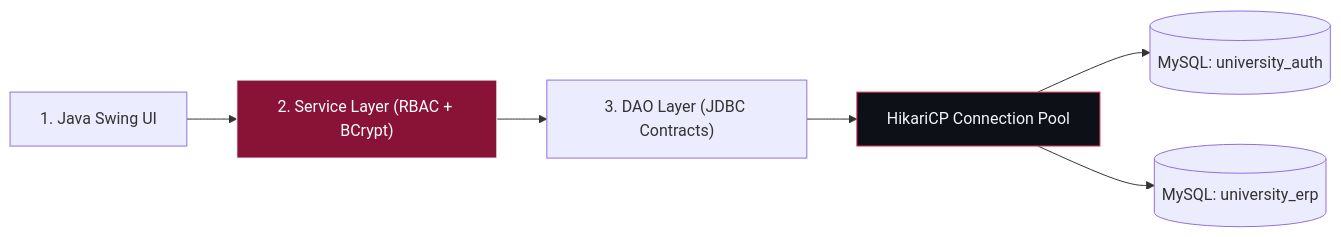
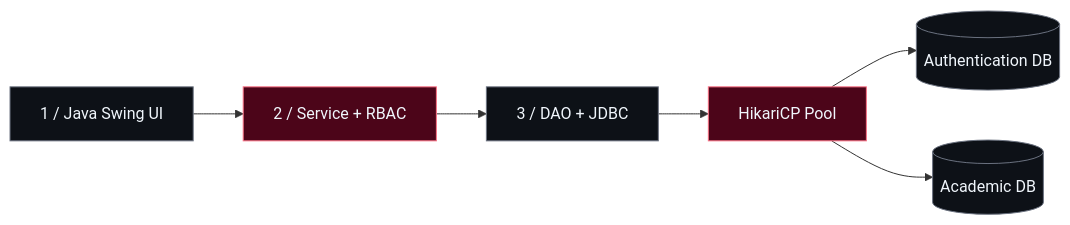
Before and after one commit to harsh24239/harsh24239: the second of 2 diagrams in README.md, drawn with Mermaid. The commit also changed other lines of this file, not shown here.

````diff
--- a/README.md
+++ b/README.md
@@ -109,10 +138,12 @@
 ```mermaid
 flowchart LR
-    SW["1. Java Swing UI"] --> SRV["2. Service Layer (RBAC + BCrypt)"]
-    SRV --> DAO["3. DAO Layer (JDBC Contracts)"]
-    DAO --> POOL["HikariCP Connection Pool"]
-    POOL --> AUTH[("MySQL: university_auth")]
-    POOL --> ERP[("MySQL: university_erp")]
-    style SRV fill:#881337,stroke:#F0F6FC,color:#FFFFFF
-    style POOL fill:#0D1117,stroke:#F43F5E,color:#F0F6FC
+    UI["1 / Java Swing UI"] --> SERVICE["2 / Service + RBAC"]
+    SERVICE --> DAO["3 / DAO + JDBC"]
+    DAO --> POOL["HikariCP Pool"]
+    POOL --> AUTH[("Authentication DB")]
+    POOL --> ERP[("Academic DB")]
+    classDef accent fill:#4C0519,stroke:#FB7185,color:#F0F6FC;
+    classDef base fill:#0D1117,stroke:#6B7280,color:#F0F6FC;
+    class SERVICE,POOL accent;
+    class UI,DAO,AUTH,ERP base;
 ```
````
